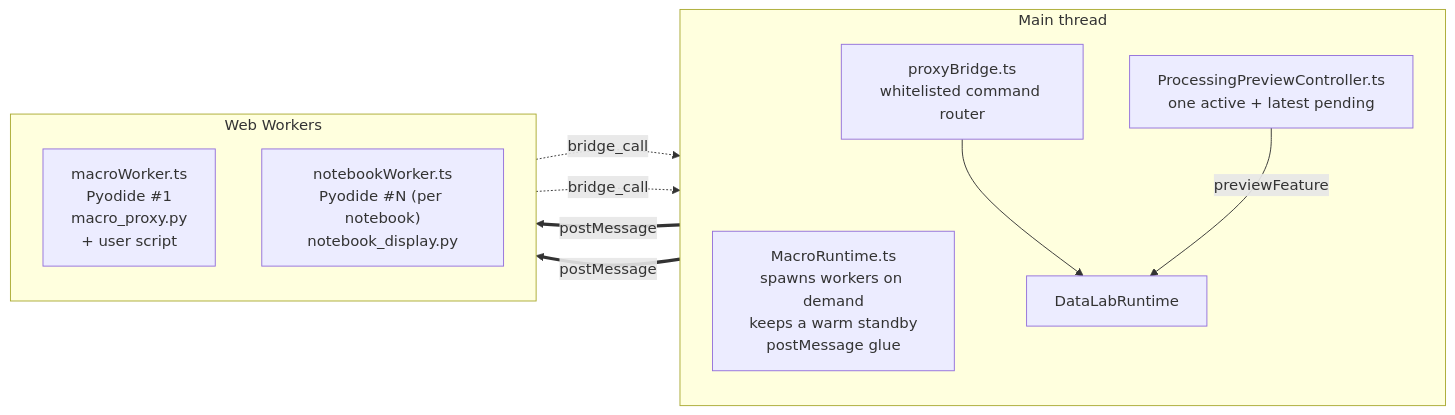
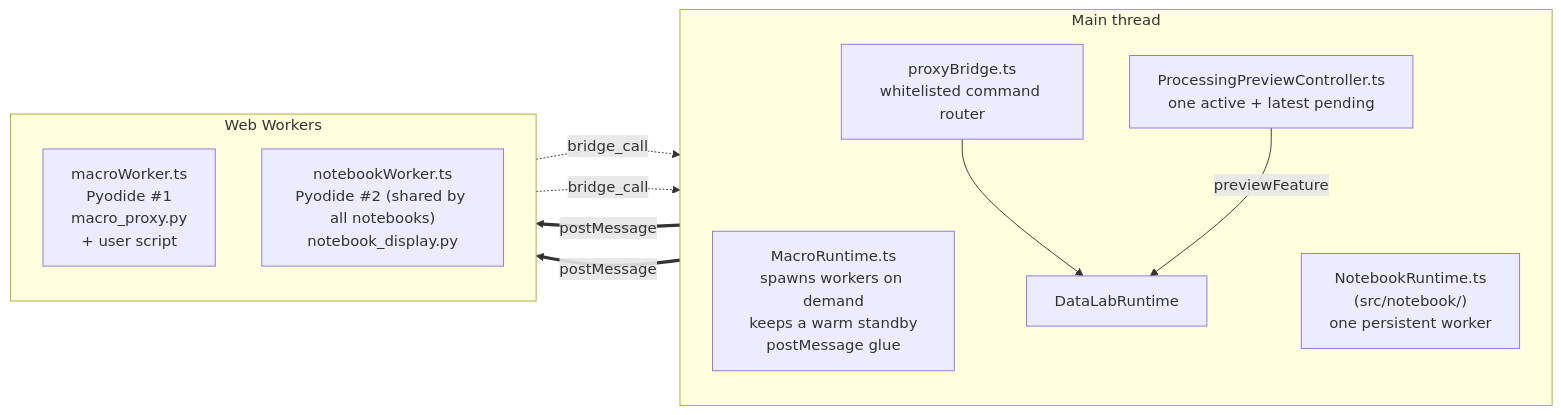
The sixth of 8 diagrams in doc/architecture.md (DataLab-Platform/web), drawn with Mermaid before and after one commit. The commit also changed other lines of this file and 27 other files, not shown here.

````diff
--- a/doc/architecture.md
+++ b/doc/architecture.md
@@ -247,23 +241,24 @@
 ```mermaid
 flowchart LR
     subgraph MT["Main thread"]
         direction TB
         MR["MacroRuntime.ts<br/>spawns workers on demand<br/>keeps a warm standby<br/>postMessage glue"]
+        NR["NotebookRuntime.ts<br/>(src/notebook/)<br/>one persistent worker"]
         PB2["proxyBridge.ts<br/>whitelisted command router"]
         RT3["DataLabRuntime"]
         PC["ProcessingPreviewController.ts<br/>one active + latest pending"]
         PB2 --> RT3
         PC -->|previewFeature| RT3
     end
 
     subgraph Workers2["Web Workers"]
         direction TB
         MW2["macroWorker.ts<br/>Pyodide #1<br/>macro_proxy.py<br/>+ user script"]
-        NW2["notebookWorker.ts<br/>Pyodide #N (per notebook)<br/>notebook_display.py"]
+        NW2["notebookWorker.ts<br/>Pyodide #2 (shared by all notebooks)<br/>notebook_display.py"]
     end
 
     MR ==>|postMessage| MW2
-    MR ==>|postMessage| NW2
+    NR ==>|postMessage| NW2
     MW2 -. bridge_call .-> PB2
     NW2 -. bridge_call .-> PB2
 ```
````
